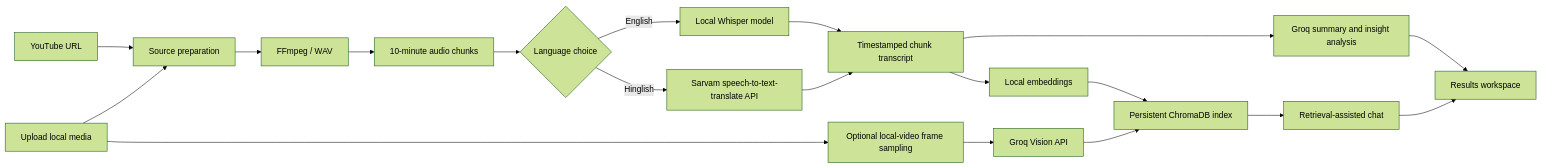
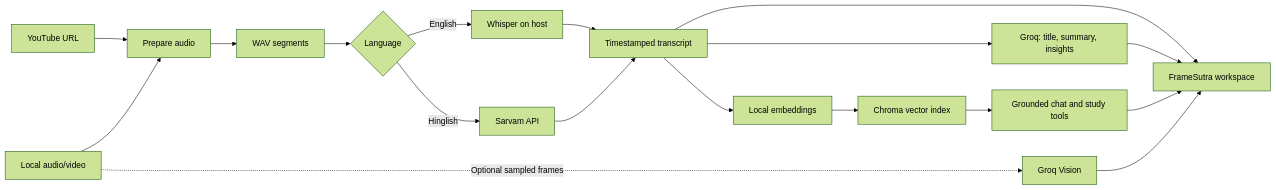
The first of 2 diagrams in README.md (Code-AkarshMishra/FrameSutra), drawn with Mermaid (forest theme) before and after one commit. The commit also changed other lines of this file and 12 other files, not shown here.

Commit message:
docs: publish FrameSutra guides and project documentation

````diff
--- a/README.md
+++ b/README.md
@@ -76,21 +63,20 @@
 ```mermaid
 flowchart LR
-    A[YouTube URL] --> S[Source preparation]
-    B[Upload local media] --> S
-    S --> AU[FFmpeg / WAV]
-    AU --> CH[10-minute audio chunks]
-    CH --> TR{Language choice}
-    TR -->|English| WH[Local Whisper model]
-    TR -->|Hinglish| SA[Sarvam speech-to-text-translate API]
-    WH --> TX[Timestamped chunk transcript]
-    SA --> TX
-    TX --> AN[Groq summary and insight analysis]
-    TX --> EM[Local embeddings]
-    EM --> VS[Persistent ChromaDB index]
-    AN --> UI[Results workspace]
-    VS --> CHAT[Retrieval-assisted chat]
-    CHAT --> UI
-    B --> VA[Optional local-video frame sampling]
-    VA --> GV[Groq Vision API]
-    GV --> VS
+    A[YouTube URL] --> P[Prepare audio]
+    B[Local audio/video] --> P
+    P --> C[WAV segments]
+    C --> L{Language}
+    L -->|English| W[Whisper on host]
+    L -->|Hinglish| S[Sarvam API]
+    W --> T[Timestamped transcript]
+    S --> T
+    T --> G[Groq: title, summary, insights]
+    T --> E[Local embeddings]
+    E --> V[Chroma vector index]
+    T --> R[FrameSutra workspace]
+    G --> R
+    V --> Q[Grounded chat and study tools]
+    Q --> R
+    B -. Optional sampled frames .-> F[Groq Vision]
+    F --> R
 ```
````
